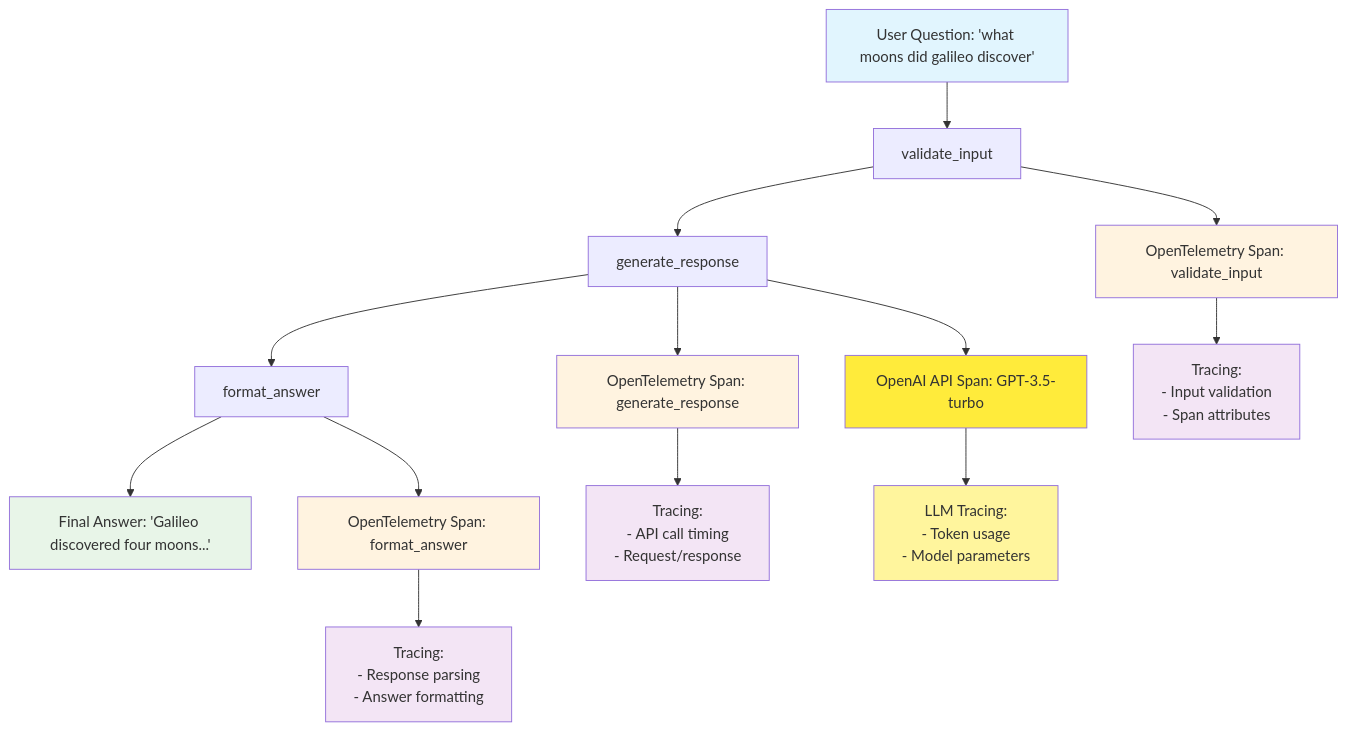
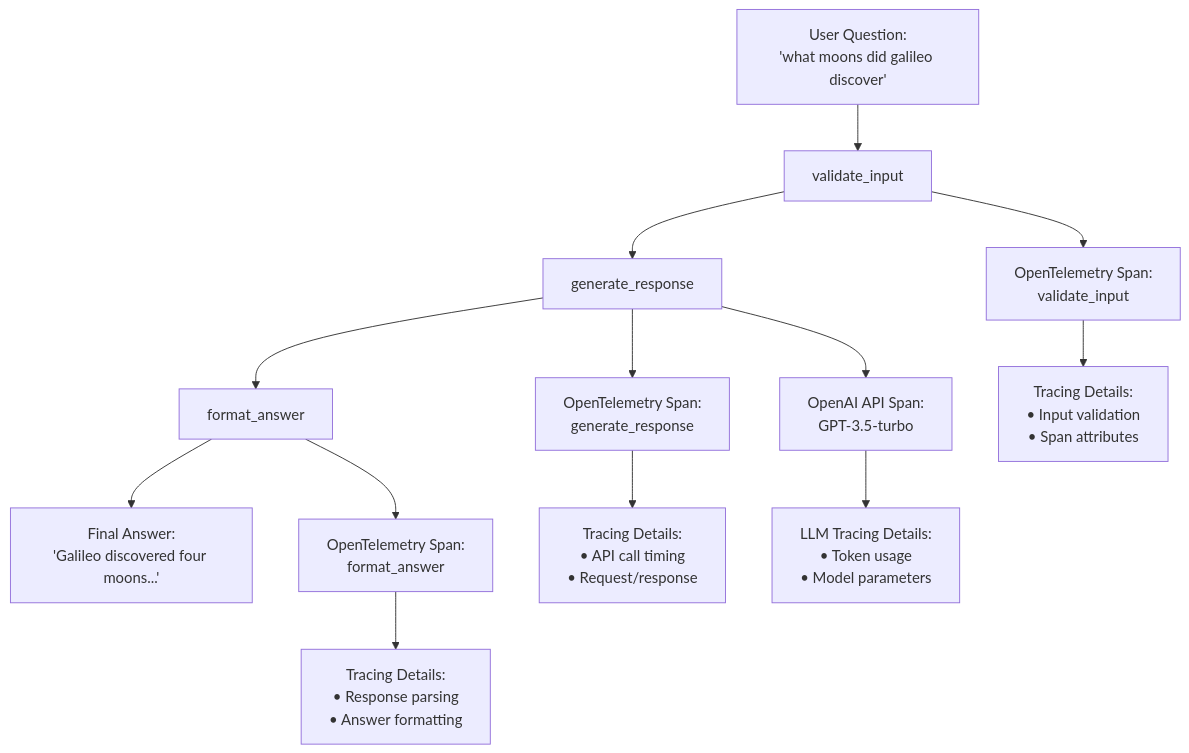
Before and after one commit to rungalileo/docs-official: the diagram in cookbooks/features/integrations/langgraph-otel-cookbook.mdx, drawn with Mermaid. The commit also changed other lines of this file, not shown here.

Commit message:
update interest

````diff
--- a/cookbooks/features/integrations/langgraph-otel-cookbook.mdx
+++ b/cookbooks/features/integrations/langgraph-otel-cookbook.mdx
@@ -263,28 +263,17 @@
 ```mermaid
 graph TD
-    A["User Question: 'what moons did galileo discover'"] --> B[validate_input]
+    A["User Question:<br/>'what moons did galileo discover'"] --> B[validate_input]
     B --> C[generate_response]
     C --> D[format_answer] 
-    D --> E["Final Answer: 'Galileo discovered four moons...'"] 
+    D --> E["Final Answer:<br/>'Galileo discovered four moons...'"] 
     
-    B --> F[OpenTelemetry Span: validate_input]
-    C --> G[OpenTelemetry Span: generate_response]
-    C --> H[OpenAI API Span: GPT-3.5-turbo]
-    D --> I[OpenTelemetry Span: format_answer]
+    B --> F["OpenTelemetry Span:<br/>validate_input"]
+    C --> G["OpenTelemetry Span:<br/>generate_response"]
+    C --> H["OpenAI API Span:<br/>GPT-3.5-turbo"]
+    D --> I["OpenTelemetry Span:<br/>format_answer"]
     
-    F --> J[Tracing:<br/>- Input validation<br/>- Span attributes]
-    G --> K[Tracing:<br/>- API call timing<br/>- Request/response]
-    H --> L[LLM Tracing:<br/>- Token usage<br/>- Model parameters]
-    I --> M[Tracing:<br/>- Response parsing<br/>- Answer formatting]
-    
-    style A fill:#e1f5fe
-    style E fill:#e8f5e8
-    style F fill:#fff3e0
-    style G fill:#fff3e0
-    style H fill:#ffeb3b
-    style I fill:#fff3e0
-    style J fill:#f3e5f5
-    style K fill:#f3e5f5
-    style L fill:#fff59d
-    style M fill:#f3e5f5
+    F --> J["Tracing Details:<br/>• Input validation<br/>• Span attributes"]
+    G --> K["Tracing Details:<br/>• API call timing<br/>• Request/response"]
+    H --> L["LLM Tracing Details:<br/>• Token usage<br/>• Model parameters"]
+    I --> M["Tracing Details:<br/>• Response parsing<br/>• Answer formatting"]
 ```
````
